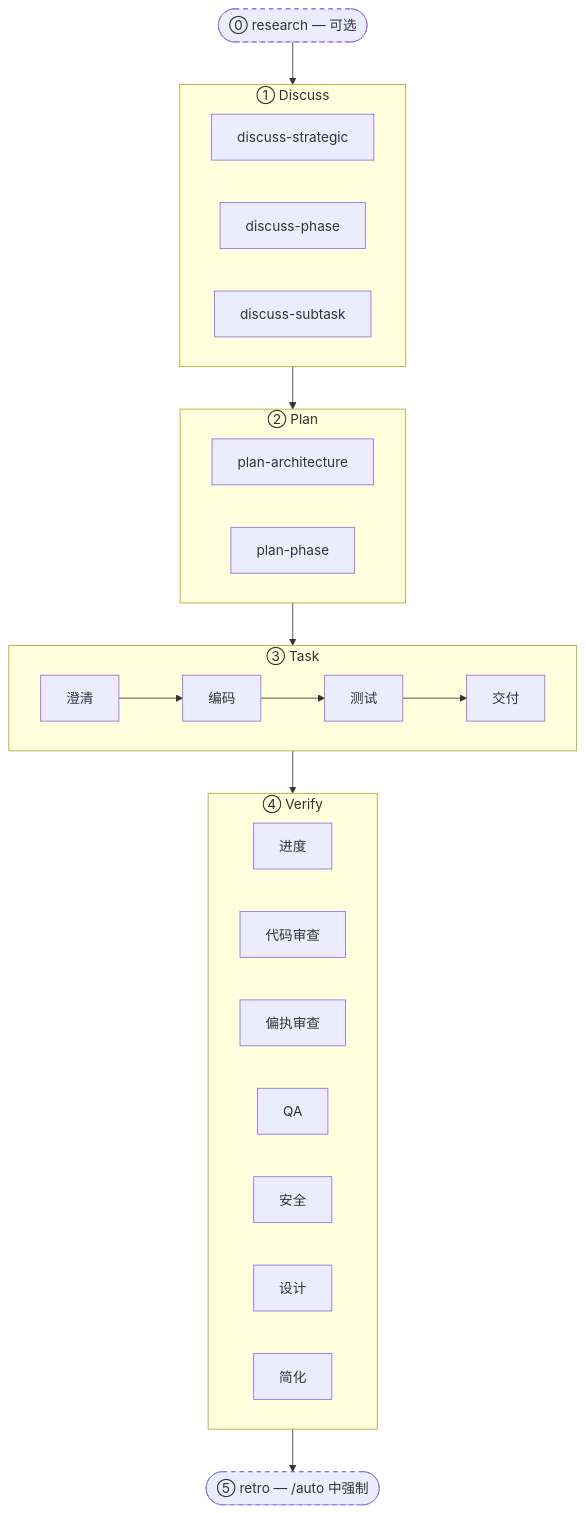
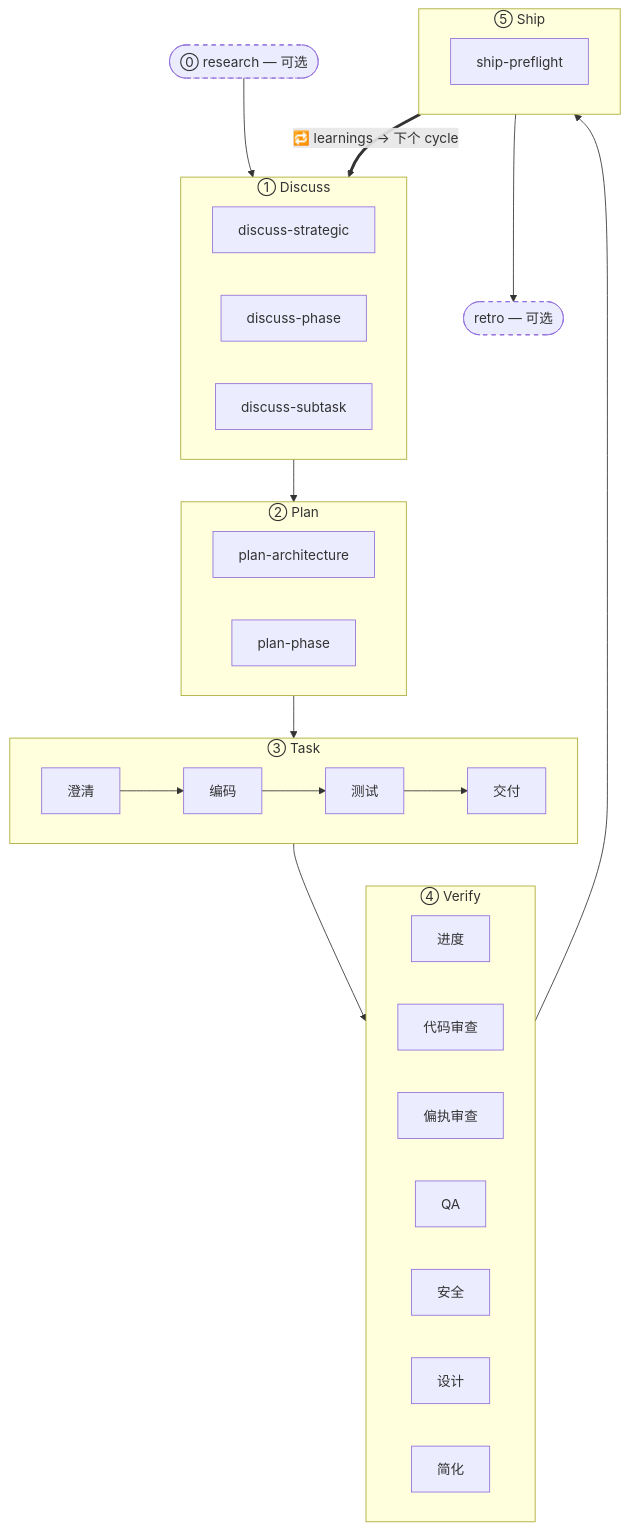
Before and after one commit to easyinplay/harnessed-site: the diagram in src/content/docs/zh-hans/docs/concepts/four-stage-cadence.md, drawn with Mermaid. The commit also changed other lines of this file and 14 other files, not shown here.

````diff
--- a/src/content/docs/zh-hans/docs/concepts/four-stage-cadence.md
+++ b/src/content/docs/zh-hans/docs/concepts/four-stage-cadence.md
@@ -59,22 +66,26 @@
 ```mermaid
 graph TD
   RS([⓪ research — 可选]):::optional
   subgraph D[① Discuss]
     DS[discuss-strategic]
     DP[discuss-phase]
     DT[discuss-subtask]
   end
   subgraph P[② Plan]
     PA[plan-architecture]
     PP[plan-phase]
   end
   subgraph T[③ Task]
     TC[澄清] --> TCo[编码] --> TT[测试] --> TD[交付]
   end
   subgraph V[④ Verify]
     VP[进度] & VC[代码审查] & VPa[偏执审查] & VQ[QA] & VS[安全] & VD[设计] & VSi[简化]
   end
-  RT([⑤ retro — /auto 中强制]):::optional
-  RS --> D --> P --> T --> V --> RT
+  subgraph S[⑤ Ship]
+    SP[ship-preflight]
+  end
+  RT([retro — 可选]):::optional
+  RS --> D --> P --> T --> V --> S --> RT
+  S == "🔁 learnings → 下个 cycle" ==> D
   classDef optional stroke-dasharray:5 5
 ```
````
